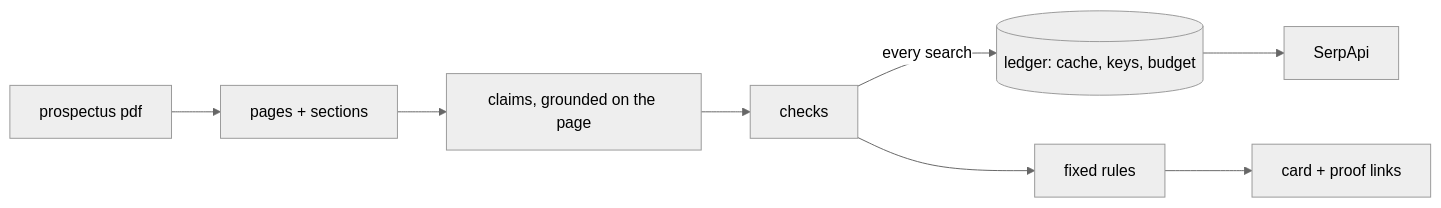
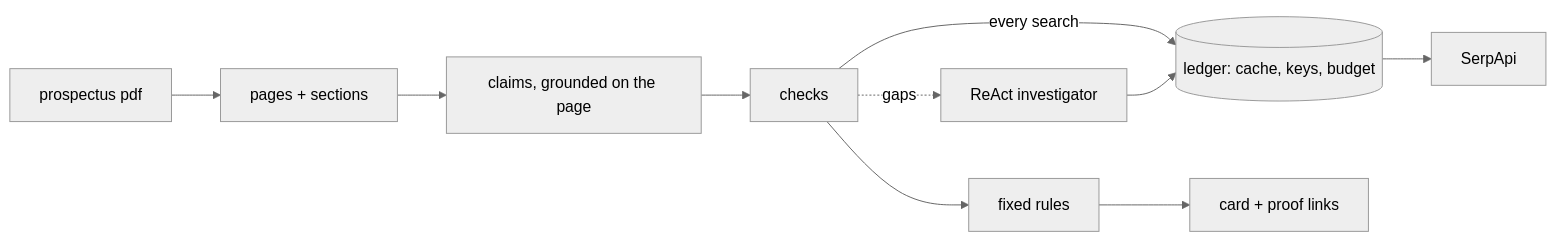
The diagram in README.md (simon-derock/quaoar), drawn with Mermaid (neutral theme) before and after one commit. The commit also changed other lines of this file and 3 other files, not shown here.

````diff
--- a/README.md
+++ b/README.md
@@ -56,9 +104,11 @@
 ```mermaid
 flowchart LR
     PDF[prospectus pdf] --> P[pages + sections]
     P --> C[claims, grounded on the page]
     C --> K[checks]
     K -->|every search| L[(ledger: cache, keys, budget)]
     L --> S[SerpApi]
+    K -.gaps.-> A[ReAct investigator]
+    A --> L
     K --> R[fixed rules] --> CARD[card + proof links]
 ```
````
